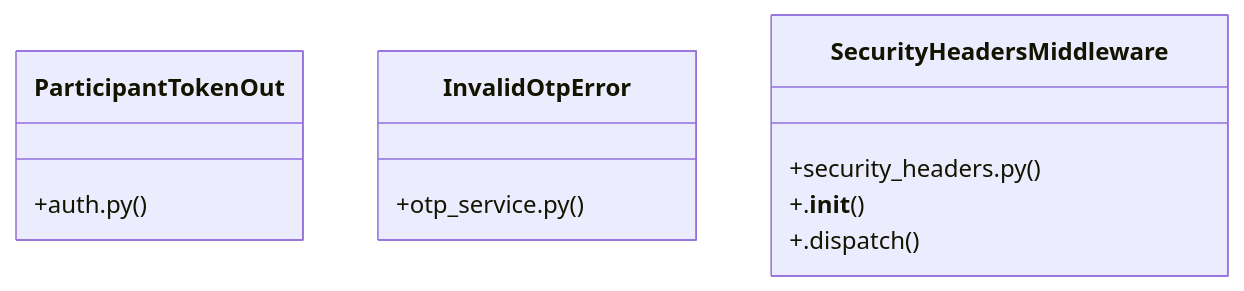
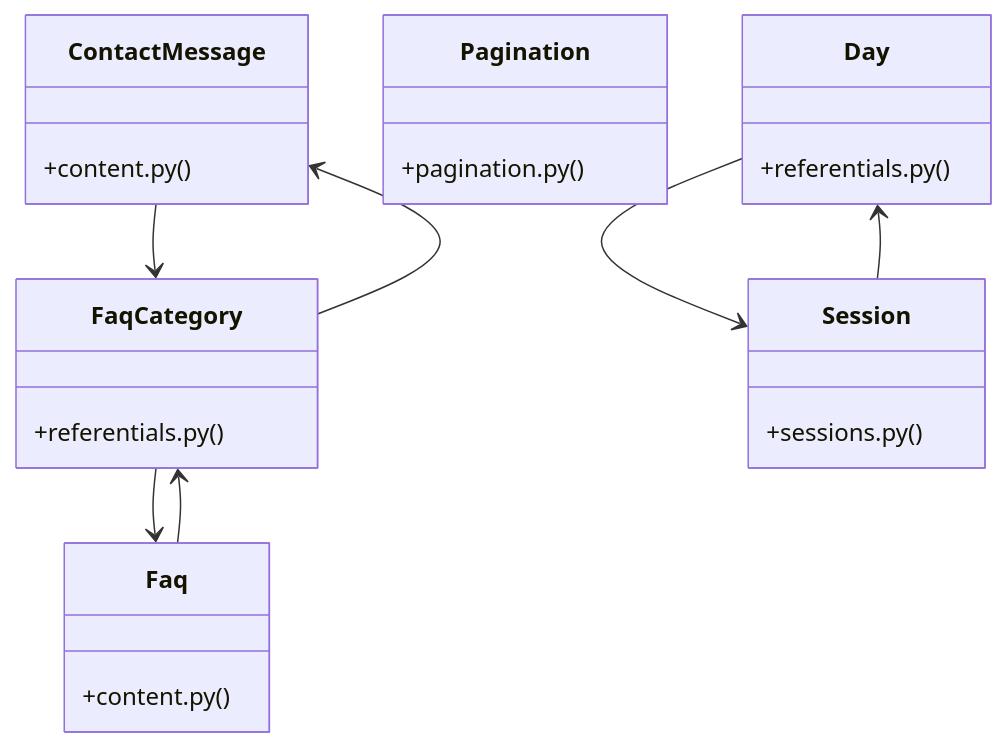
One commit to adjanayo/synca_conf_back changed the diagram in graphify-out/wiki/[get_settings()_&_upload_file()]_Cluster.md. Above: the diagram before and after it, drawn with Mermaid. The commit also changed other lines of this file and 68 other files, not shown here.

````diff
--- a/graphify-out/wiki/[get_settings()_&_upload_file()]_Cluster.md
+++ b/graphify-out/wiki/[get_settings()_&_upload_file()]_Cluster.md
@@ -36,14 +36,27 @@
 ```mermaid
 classDiagram
-    class ParticipantTokenOut {
-        +auth.py()
+    class ContactMessage {
+        +content.py()
     }
-    class InvalidOtpError {
-        +otp_service.py()
+    class Faq {
+        +content.py()
     }
-    class SecurityHeadersMiddleware {
-        +security_headers.py()
-        +.__init__()
-        +.dispatch()
+    class Pagination {
+        +pagination.py()
     }
+    class Day {
+        +referentials.py()
+    }
+    class FaqCategory {
+        +referentials.py()
+    }
+    class Session {
+        +sessions.py()
+    }
+    ContactMessage --> FaqCategory
+    Faq --> FaqCategory
+    Day --> Session
+    FaqCategory --> Faq
+    FaqCategory --> ContactMessage
+    Session --> Day
 ```
````
